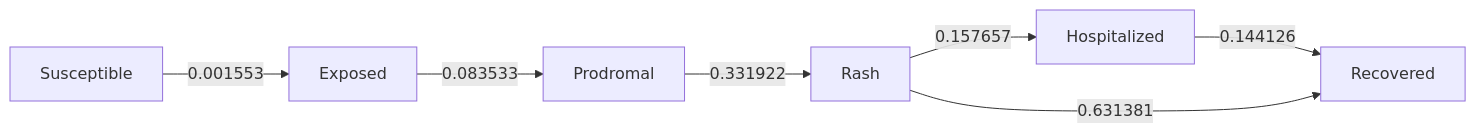
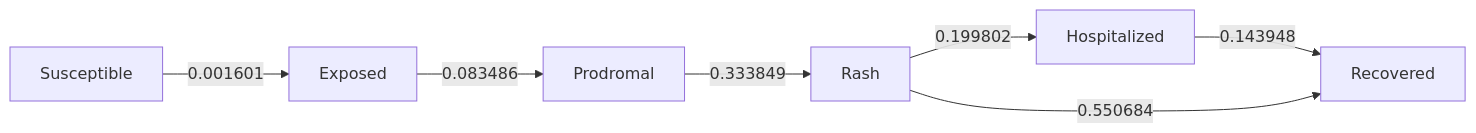
Before and after one commit to EpiForeSITE/epiworld-measles: the diagram in scenarios/canyon_crest_74/README.md, drawn with Mermaid. The commit also changed other lines of this file and 29 other files, not shown here.

````diff
--- a/scenarios/canyon_crest_74/README.md
+++ b/scenarios/canyon_crest_74/README.md
@@ -136,16 +136,16 @@
 ``` mermaid
 flowchart LR
     s0[Exposed]
     s1[Hospitalized]
     s2[Prodromal]
     s3[Rash]
     s4[Recovered]
     s5[Susceptible]
-    s0 -->|0.083533| s2
-    s1 -->|0.144126| s4
-    s2 -->|0.331922| s3
-    s3 -->|0.157657| s1
-    s3 -->|0.631381| s4
-    s5 -->|0.001553| s0
+    s0 -->|0.083486| s2
+    s1 -->|0.143948| s4
+    s2 -->|0.333849| s3
+    s3 -->|0.199802| s1
+    s3 -->|0.550684| s4
+    s5 -->|0.001601| s0
 
 ```
````
